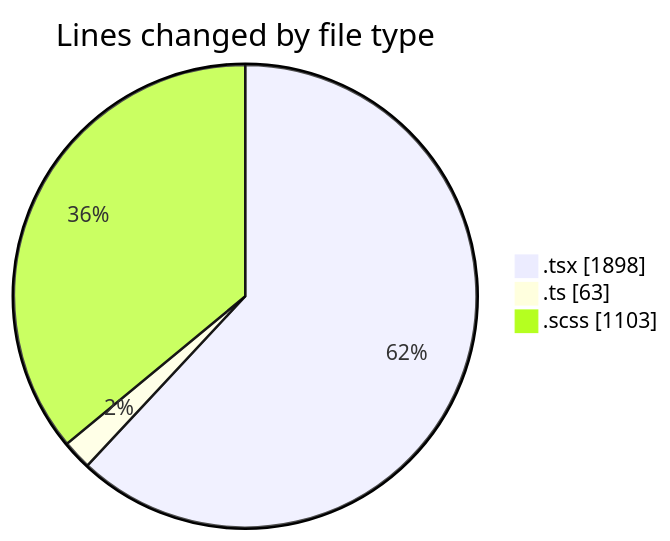
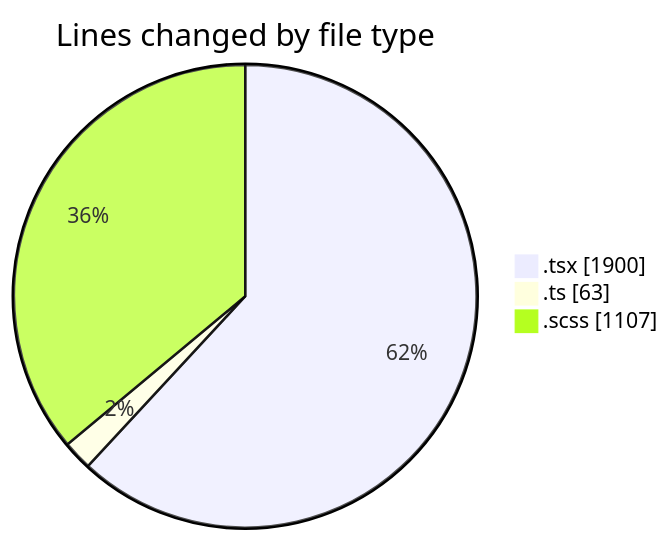
One commit to momahboobian/code-tracking changed the first of 2 diagrams in 2025-04-02/cda/README.md. Above: the diagram before and after it, drawn with Mermaid. The commit also changed other lines of this file and 1 other file, not shown here.

````diff
--- a/2025-04-02/cda/README.md
+++ b/2025-04-02/cda/README.md
@@ -30,7 +30,7 @@
 ```mermaid
 pie showData
 title Lines changed by file type
-".tsx" : 1898
+".tsx" : 1900
 ".ts" : 63
-".scss" : 1103
+".scss" : 1107
 ```
````
